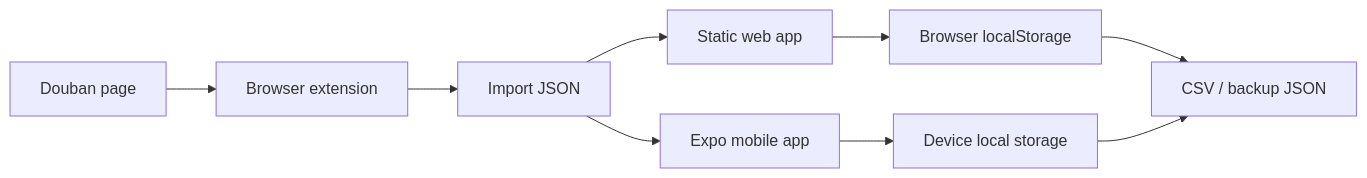
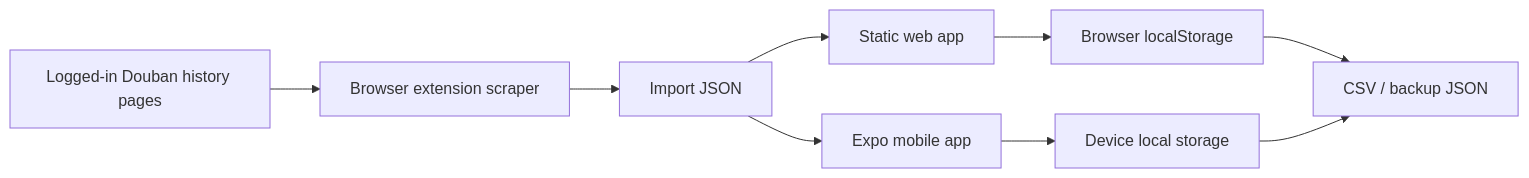
The diagram in docs/ARCHITECTURE.md (otterlymavis/DoubanRefugee), drawn with Mermaid before and after one commit. The commit also changed other lines of this file and 17 other files, not shown here.

Commit message:
Pivot to Douban history transfer flow

````diff
--- a/docs/ARCHITECTURE.md
+++ b/docs/ARCHITECTURE.md
@@ -7,11 +8,11 @@
 ```mermaid
 flowchart LR
-  D["Douban page"] --> E["Browser extension"]
+  D["Logged-in Douban history pages"] --> E["Browser extension scraper"]
   E --> J["Import JSON"]
   J --> W["Static web app"]
   J --> M["Expo mobile app"]
   W --> L["Browser localStorage"]
   M --> S["Device local storage"]
   L --> X["CSV / backup JSON"]
   S --> X
 ```
````
